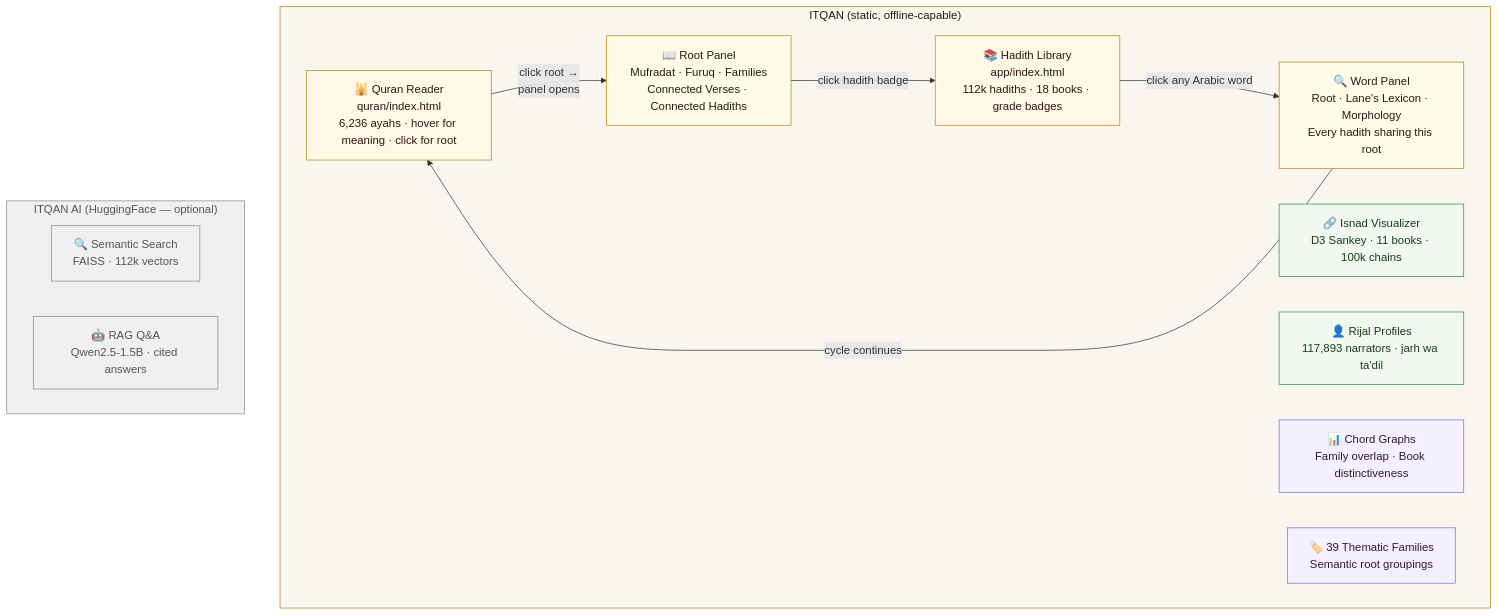
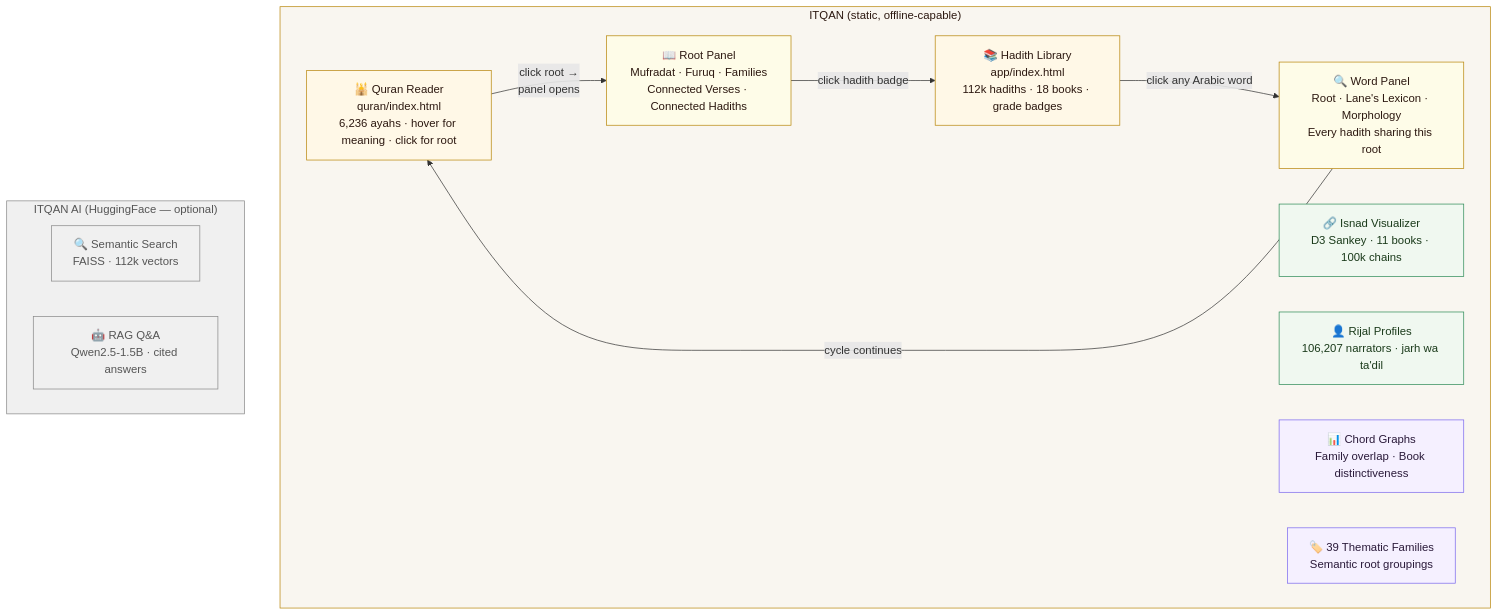
The first of 3 diagrams in README.md (R3GENESI5/hadith), drawn with Mermaid before and after one commit. The commit also changed other lines of this file and 11 other files, not shown here.

Commit message:
Update all pages: v3 rijal (106,207 profiles, 22 texts, 148,666 variants)

````diff
--- a/README.md
+++ b/README.md
@@ -782,33 +782,33 @@
 ```mermaid
 graph TD
     subgraph ITQAN["ITQAN (static, offline-capable)"]
         QV["🕌 Quran Reader<br/>quran/index.html<br/>6,236 ayahs · hover for meaning · click for root"]
         QV -->|"click root →<br/>panel opens"| RP["📖 Root Panel<br/>Mufradat · Furuq · Families<br/>Connected Verses · Connected Hadiths"]
         RP -->|"click hadith badge"| HV["📚 Hadith Library<br/>app/index.html<br/>112k hadiths · 18 books · grade badges"]
         HV -->|"click any Arabic word"| WP["🔍 Word Panel<br/>Root · Lane's Lexicon · Morphology<br/>Every hadith sharing this root"]
         WP -->|"cycle continues"| QV
 
         IS["🔗 Isnad Visualizer<br/>D3 Sankey · 11 books · 100k chains"]
-        RJ["👤 Rijal Profiles<br/>117,893 narrators · jarh wa ta'dil"]
+        RJ["👤 Rijal Profiles<br/>106,207 narrators · jarh wa ta'dil"]
         CH["📊 Chord Graphs<br/>Family overlap · Book distinctiveness"]
         FM["🏷️ 39 Thematic Families<br/>Semantic root groupings"]
     end
 
     subgraph AI["ITQAN AI (HuggingFace — optional)"]
         SE["🔍 Semantic Search<br/>FAISS · 112k vectors"]
         RAG["🤖 RAG Q&A<br/>Qwen2.5-1.5B · cited answers"]
     end
 
     style ITQAN fill:#f9f6f0,stroke:#b8860b,color:#2c1810
     style AI fill:#f0f0f0,stroke:#888,color:#555
     style QV fill:#fff8e7,stroke:#b8860b,color:#2c1810
     style HV fill:#fff8e7,stroke:#b8860b,color:#2c1810
     style RP fill:#fefce8,stroke:#b8860b,color:#2c1810
     style WP fill:#fefce8,stroke:#b8860b,color:#2c1810
     style IS fill:#f0f8f0,stroke:#2e8b57,color:#1a3a1a
     style RJ fill:#f0f8f0,stroke:#2e8b57,color:#1a3a1a
     style CH fill:#f5f0ff,stroke:#7b68ee,color:#2a1a3a
     style FM fill:#f5f0ff,stroke:#7b68ee,color:#2a1a3a
     style SE fill:#f0f0f0,stroke:#888,color:#555
     style RAG fill:#f0f0f0,stroke:#888,color:#555
 ```
````
